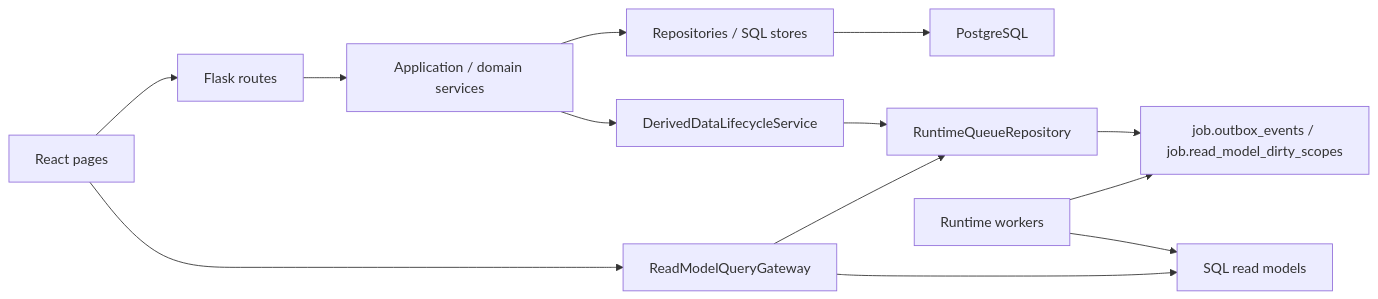
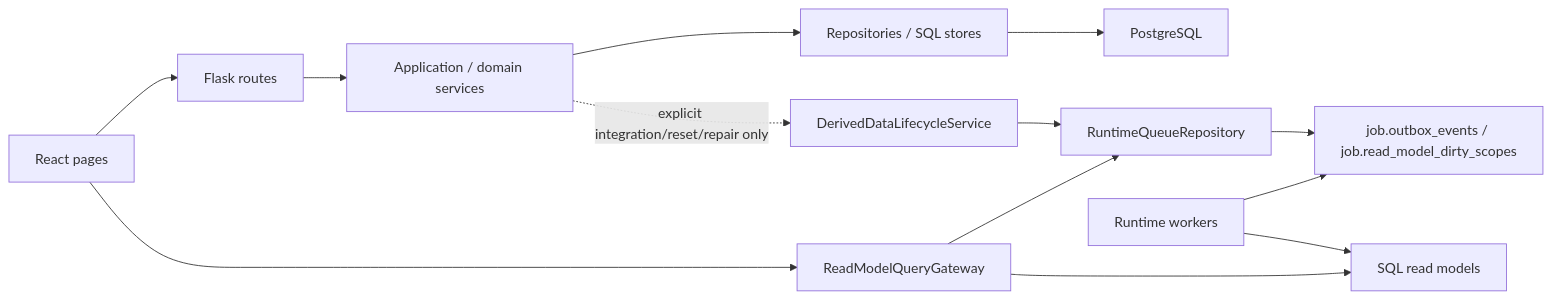
Before and after one commit to Yhuir/fin-ops-platform: the first of 2 diagrams in docs/app-architecture/runtime-and-ownership.md, drawn with Mermaid. The commit also changed other lines of this file and 22 other files, not shown here.

````diff
--- a/docs/app-architecture/runtime-and-ownership.md
+++ b/docs/app-architecture/runtime-and-ownership.md
@@ -9,15 +9,15 @@
 ```mermaid
 flowchart LR
   UI["React pages"] --> API["Flask routes"]
   API --> Service["Application / domain services"]
   Service --> Repo["Repositories / SQL stores"]
   Repo --> PG["PostgreSQL"]
-  Service --> Lifecycle["DerivedDataLifecycleService"]
+  Service -. "explicit integration/reset/repair only" .-> Lifecycle["DerivedDataLifecycleService"]
   Lifecycle --> Queue["RuntimeQueueRepository"]
   Queue --> Outbox["job.outbox_events / job.read_model_dirty_scopes"]
   Worker["Runtime workers"] --> Outbox
   Worker --> Projection["SQL read models"]
   UI --> Gateway["ReadModelQueryGateway"]
   Gateway --> Projection
   Gateway --> Queue
 ```
````
